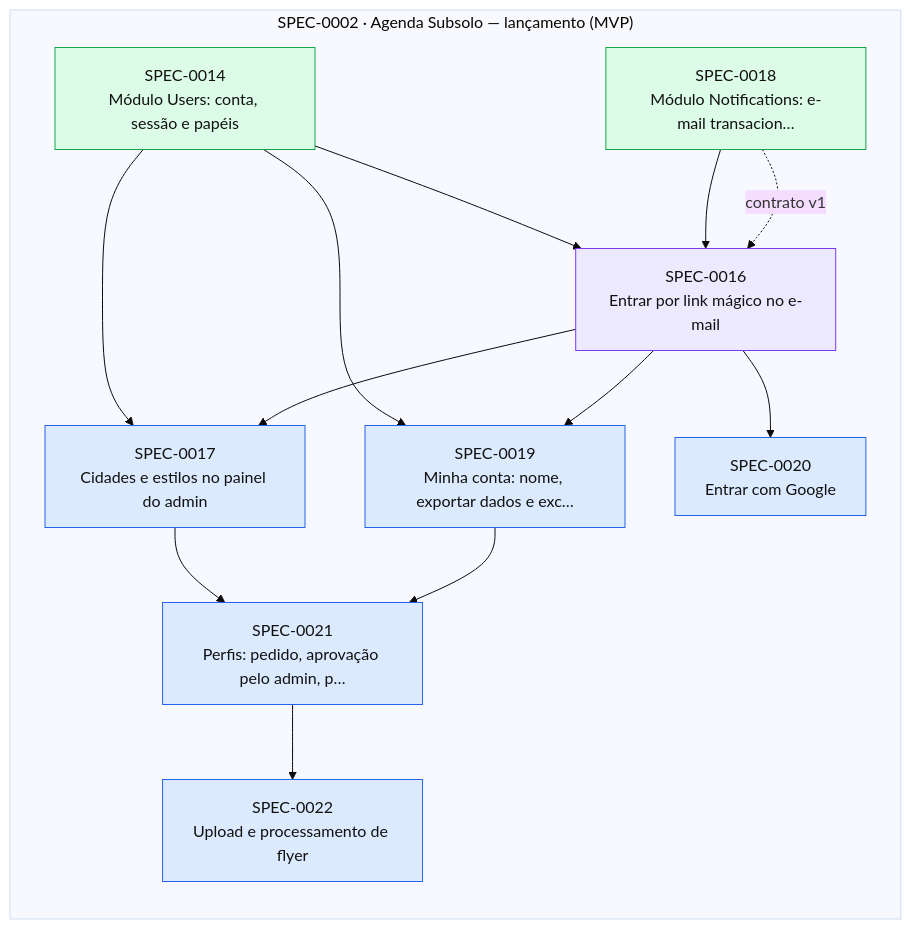
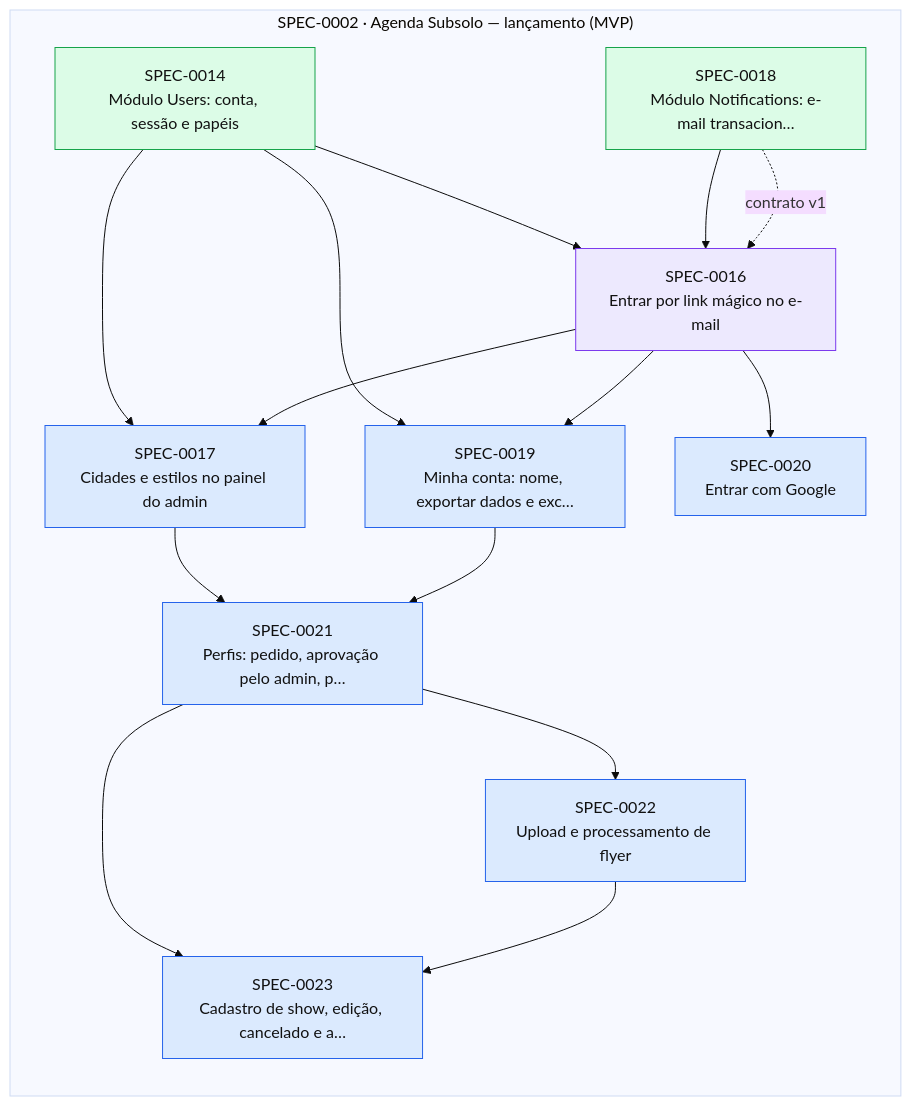
Before and after one commit to thomasravache/subsolo: the diagram in docs/specs/INDEX.md, drawn with Mermaid (base theme). The commit also changed other lines of this file and 2 other files, not shown here.

First line of the commit message:
docs(sdd): add and approve SPEC-0023 (show registration) under the standing autopilot

````diff
--- a/docs/specs/INDEX.md
+++ b/docs/specs/INDEX.md
@@ -70,29 +71,32 @@
 ```mermaid
 flowchart LR
   subgraph E0002["SPEC-0002 · Agenda Subsolo — lançamento (MVP)"]
     S0014["SPEC-0014<br/>Módulo Users: conta, sessão e papéis"]:::implemented
     S0016["SPEC-0016<br/>Entrar por link mágico no e-mail"]:::inprogress
     S0017["SPEC-0017<br/>Cidades e estilos no painel do admin"]:::approved
     S0018["SPEC-0018<br/>Módulo Notifications: e-mail transacion…"]:::implemented
     S0019["SPEC-0019<br/>Minha conta: nome, exportar dados e exc…"]:::approved
     S0020["SPEC-0020<br/>Entrar com Google"]:::approved
     S0021["SPEC-0021<br/>Perfis: pedido, aprovação pelo admin, p…"]:::approved
     S0022["SPEC-0022<br/>Upload e processamento de flyer"]:::approved
+    S0023["SPEC-0023<br/>Cadastro de show, edição, cancelado e a…"]:::approved
   end
   S0014 --> S0016
   S0018 --> S0016
   S0018 -. contrato v1 .-> S0016
   S0014 --> S0017
   S0016 --> S0017
   S0014 --> S0019
   S0016 --> S0019
   S0016 --> S0020
   S0017 --> S0021
   S0019 --> S0021
   S0021 --> S0022
+  S0021 --> S0023
+  S0022 --> S0023
   classDef proposed fill:#fef3c7,stroke:#d97706,color:#111
   classDef approved fill:#dbeafe,stroke:#2563eb,color:#111
   classDef inprogress fill:#ede9fe,stroke:#7c3aed,color:#111
   classDef implemented fill:#dcfce7,stroke:#16a34a,color:#111
   classDef deprecated fill:#f3f4f6,stroke:#9ca3af,color:#6b7280
 ```
````
